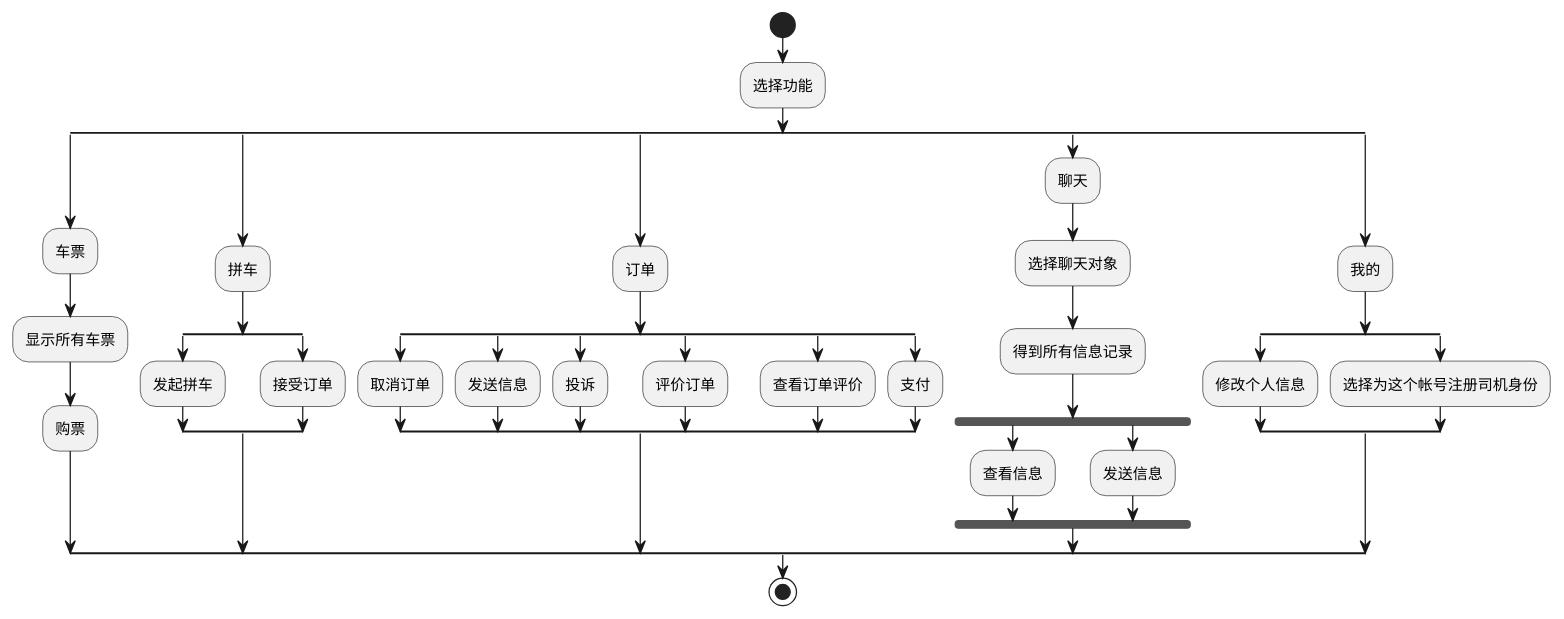
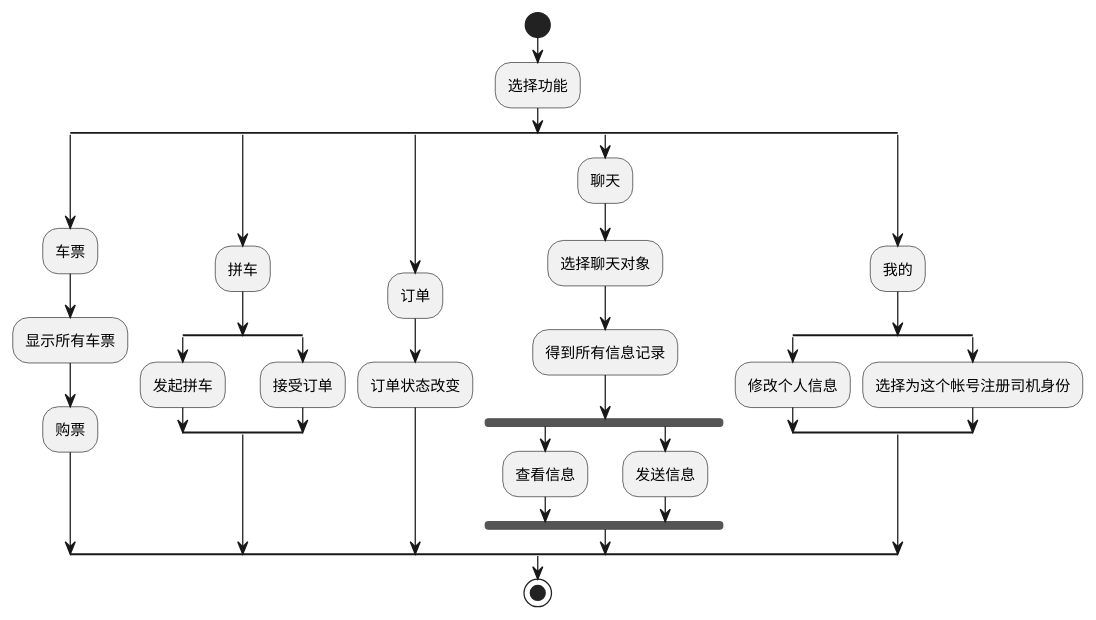
The diagram in src/main/resources/uml/活动图/乘客身份业务活动图.puml (RZGGM/CarpoolingProjectBasedOnSringbootAndVue-Backend), drawn with PlantUML before and after one commit. The commit also changed 10 other files, not shown here.

```diff
--- a/src/main/resources/uml/活动图/乘客身份业务活动图.puml
+++ b/src/main/resources/uml/活动图/乘客身份业务活动图.puml
@@ -1,54 +1,42 @@
 @startuml
 'https://plantuml.com/activity-diagram-beta
 
 start
 
 :选择功能;
 split
 :车票;
 :显示所有车票;
 :购票;
 split again
 :拼车;
     split
     :发起拼车;
     split again
     :接受订单;
     end split;
 split again
 :订单;
-    split
-    :取消订单;
-    split again
-    :发送信息;
-    split again
-    :投诉;
-    split again
-    :评价订单;
-    split again
-    :查看订单评价;
-    split again
-    :支付;
-    end split;
+:订单状态改变;
 split again
 :聊天;
 :选择聊天对象;
 :得到所有信息记录;
     fork
     :查看信息;
     fork again
     :发送信息;
     end fork
 split again
 :我的;
  split
  :修改个人信息;
  split again
  :选择为这个帐号注册司机身份;
  end split;
 end split
 
 stop
 
 
 @enduml
```
